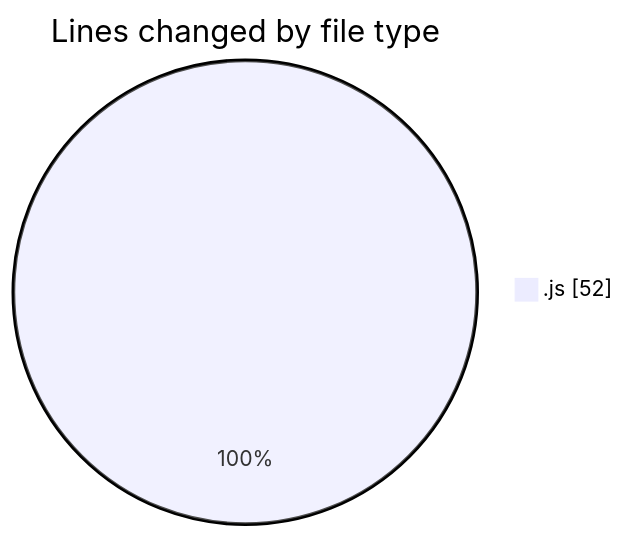
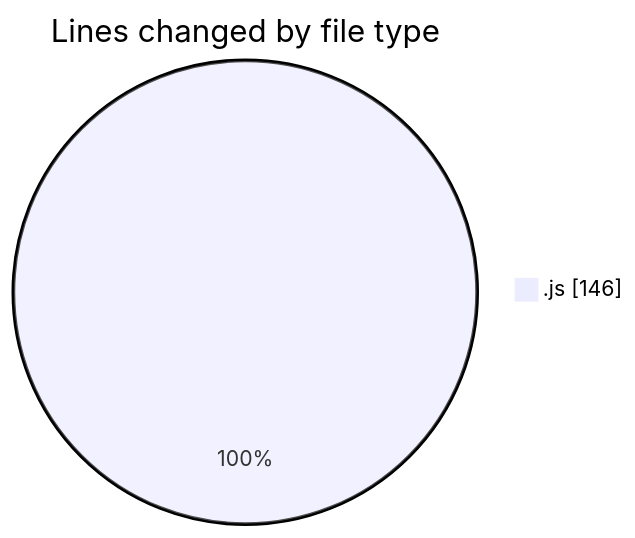
The first of 2 diagrams in 2025-05-30/nxtqube_webapp/README.md (nxtqubesakshisongat/code-tracking), drawn with Mermaid before and after one commit. The commit also changed other lines of this file and 1 other file, not shown here.

````diff
--- a/2025-05-30/nxtqube_webapp/README.md
+++ b/2025-05-30/nxtqube_webapp/README.md
@@ -20,5 +21,5 @@
 ```mermaid
 pie showData
 title Lines changed by file type
-".js" : 52
+".js" : 146
 ```
````
